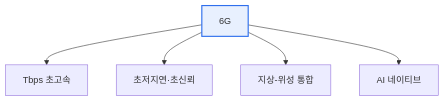
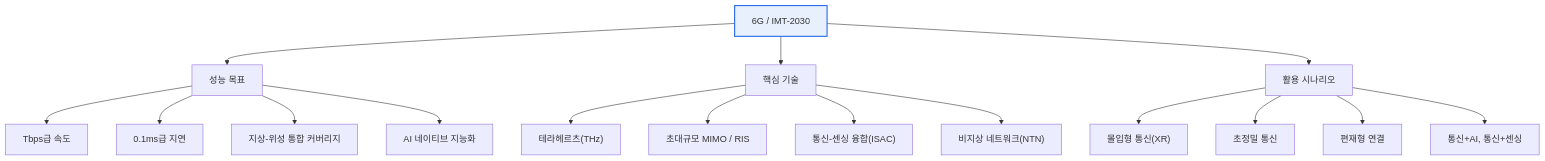
One commit to coninggu/wjdqhrhksflrltnftk changed the first of 2 diagrams in content/6g.md. Above: the diagram before and after it, drawn with Mermaid. The commit also changed other lines of this file and 3 other files, not shown here.

````diff
--- a/content/6g.md
+++ b/content/6g.md
@@ -15,8 +23,23 @@
 ```mermaid
 flowchart TB
-  G[6G] --> S[Tbps 초고속]
-  G --> L[초저지연·초신뢰]
-  G --> C[지상-위성 통합]
-  G --> A[AI 네이티브]
+  G["6G / IMT-2030"] --> P[성능 목표]
+  G --> T[핵심 기술]
+  G --> U[활용 시나리오]
+
+  P --> P1["Tbps급 속도"]
+  P --> P2["0.1ms급 지연"]
+  P --> P3["지상-위성 통합 커버리지"]
+  P --> P4["AI 네이티브 지능화"]
+
+  T --> T1["테라헤르츠(THz)"]
+  T --> T2["초대규모 MIMO / RIS"]
+  T --> T3["통신-센싱 융합(ISAC)"]
+  T --> T4["비지상 네트워크(NTN)"]
+
+  U --> U1["몰입형 통신(XR)"]
+  U --> U2["초정밀 통신"]
+  U --> U3["편재형 연결"]
+  U --> U4["통신+AI, 통신+센싱"]
+
   style G fill:#e8f0fe,stroke:#2f6fed,stroke-width:2px
 ```
````
